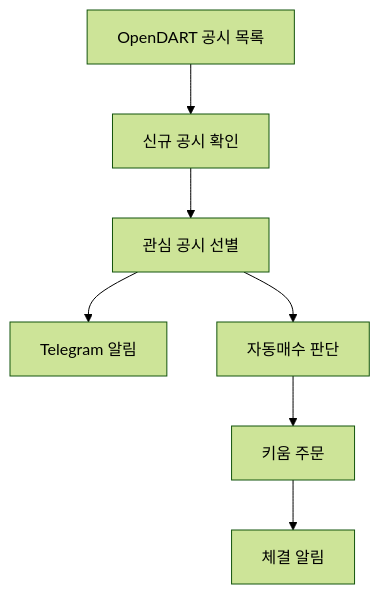
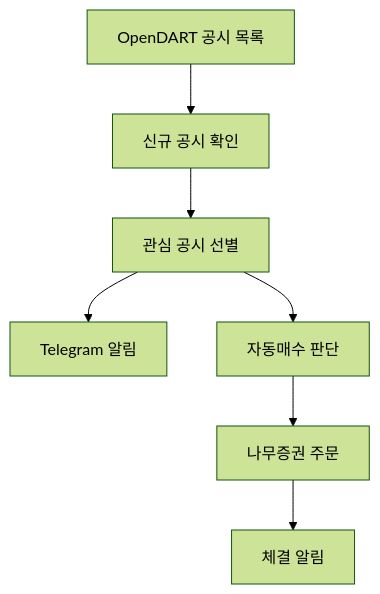
One commit to dmswjd37/disclosure-edge changed the diagram in README.md. Above: the diagram before and after it, drawn with Mermaid (forest theme). The commit also changed other lines of this file, not shown here.

Commit message:
docs: README 수정

````diff
--- a/README.md
+++ b/README.md
@@ -28,9 +28,9 @@
 ```mermaid
 flowchart TD
     A["OpenDART 공시 목록"] --> B["신규 공시 확인"]
     B --> C["관심 공시 선별"]
     C --> D["Telegram 알림"]
     C --> E["자동매수 판단"]
-    E --> F["키움 주문"]
+    E --> F["나무증권 주문"]
     F --> G["체결 알림"]
 ```
````
